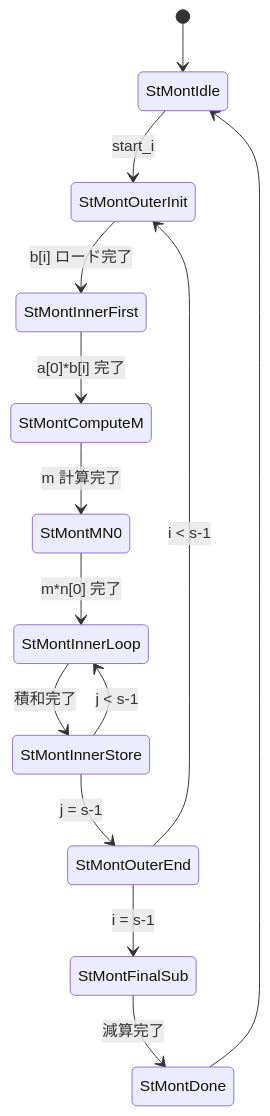
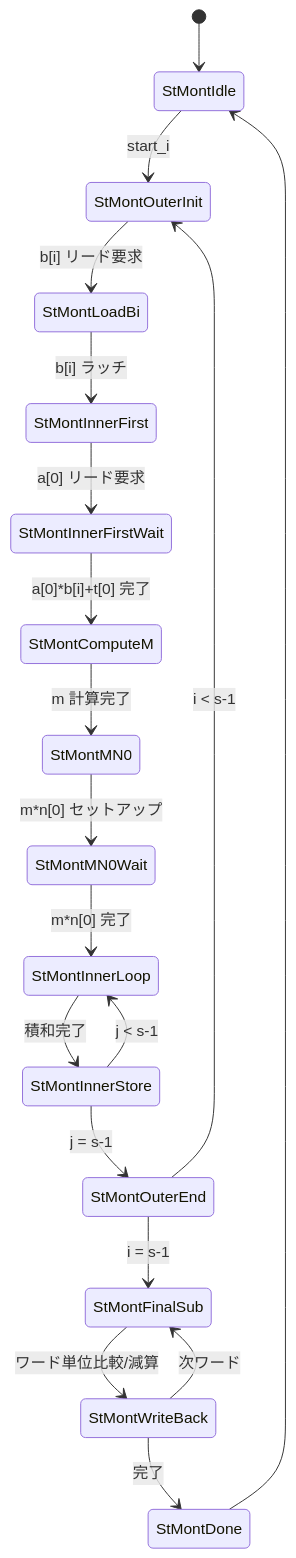
One commit to a2zime/rsa_2048 changed the sixth of 9 diagrams in docs/design_spec.md. Above: the diagram before and after it, drawn with Mermaid. The commit also changed other lines of this file and 5 other files, not shown here.

````diff
--- a/docs/design_spec.md
+++ b/docs/design_spec.md
@@ -551,16 +577,21 @@
 ```mermaid
 stateDiagram-v2
     [*] --> StMontIdle
     StMontIdle --> StMontOuterInit : start_i
-    StMontOuterInit --> StMontInnerFirst : b[i] ロード完了
-    StMontInnerFirst --> StMontComputeM : a[0]*b[i] 完了
+    StMontOuterInit --> StMontLoadBi : b[i] リード要求
+    StMontLoadBi --> StMontInnerFirst : b[i] ラッチ
+    StMontInnerFirst --> StMontInnerFirstWait : a[0] リード要求
+    StMontInnerFirstWait --> StMontComputeM : a[0]*b[i]+t[0] 完了
     StMontComputeM --> StMontMN0 : m 計算完了
-    StMontMN0 --> StMontInnerLoop : m*n[0] 完了
+    StMontMN0 --> StMontMN0Wait : m*n[0] セットアップ
+    StMontMN0Wait --> StMontInnerLoop : m*n[0] 完了
     StMontInnerLoop --> StMontInnerStore : 積和完了
     StMontInnerStore --> StMontInnerLoop : j < s-1
     StMontInnerStore --> StMontOuterEnd : j = s-1
     StMontOuterEnd --> StMontOuterInit : i < s-1
     StMontOuterEnd --> StMontFinalSub : i = s-1
-    StMontFinalSub --> StMontDone : 減算完了
+    StMontFinalSub --> StMontWriteBack : ワード単位比較/減算
+    StMontWriteBack --> StMontFinalSub : 次ワード
+    StMontWriteBack --> StMontDone : 完了
     StMontDone --> StMontIdle
 ```
````
